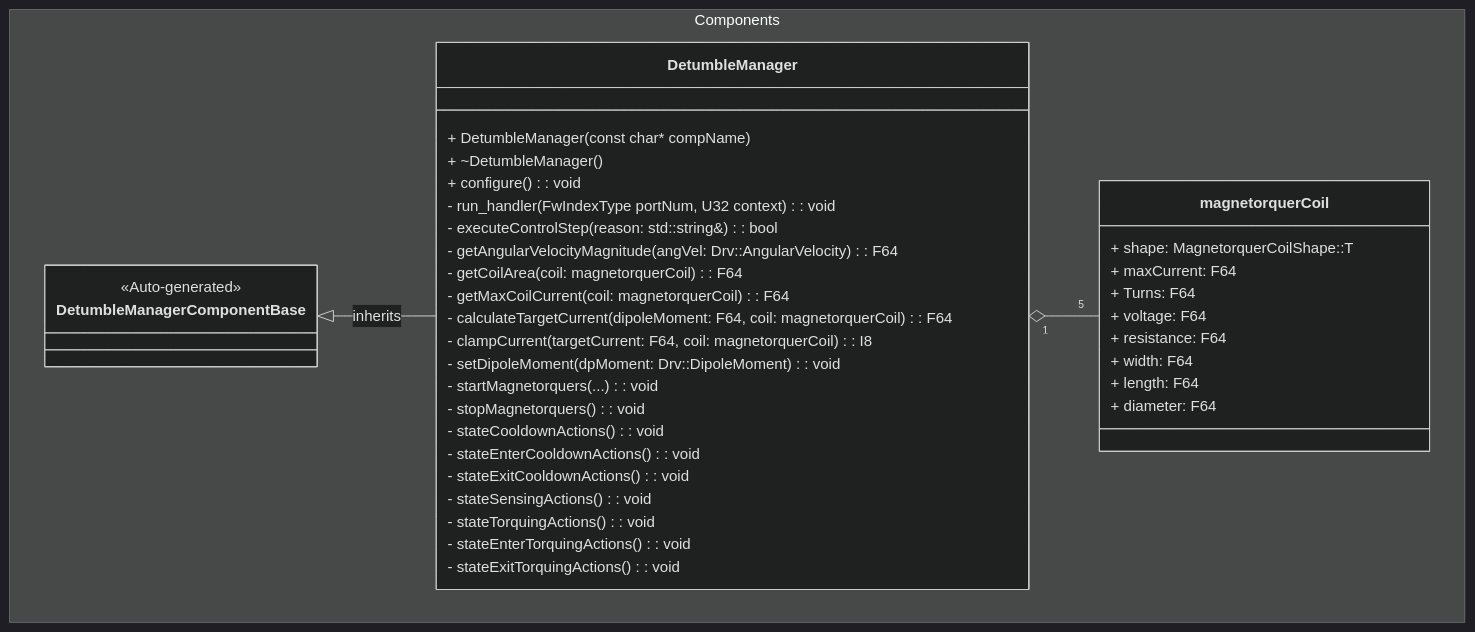
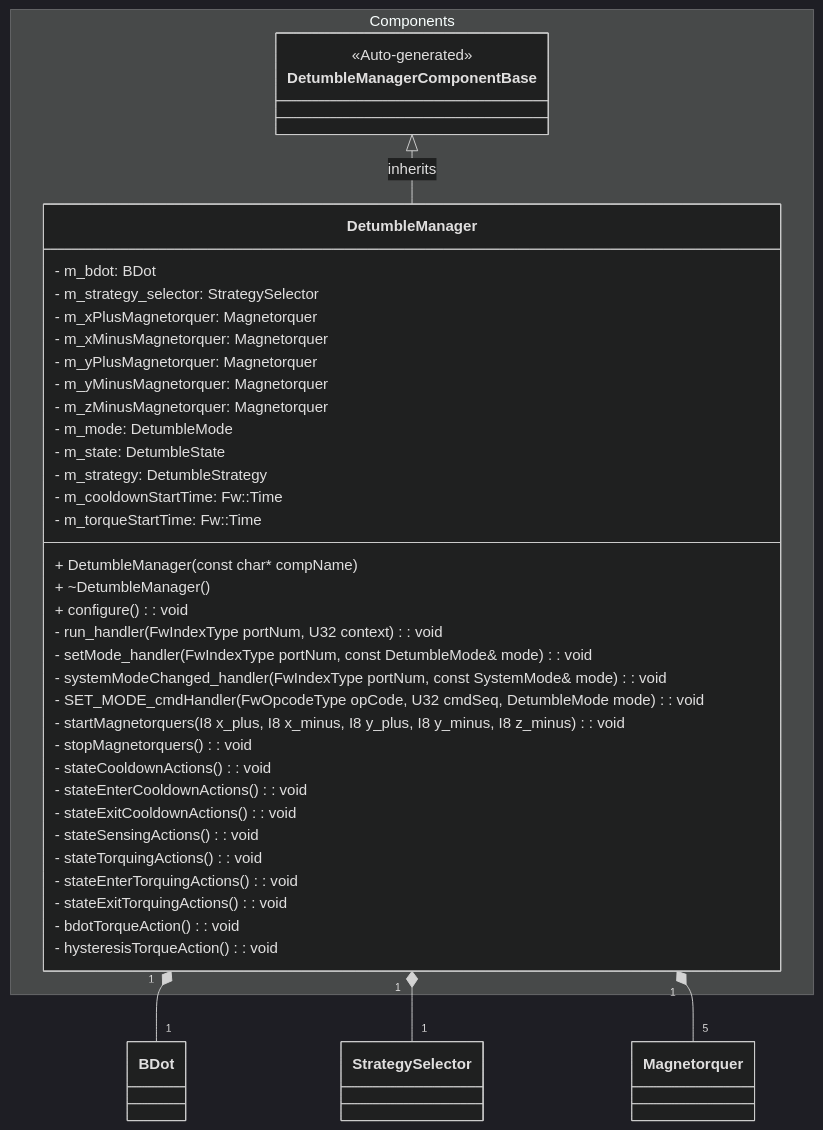
Before and after one commit to Open-Source-Space-Foundation/proves-core-reference: the first of 5 diagrams in FprimeZephyrReference/Components/DetumbleManager/docs/sdd.md, drawn with Mermaid (dark theme). The commit also changed other lines of this file, not shown here.

Commit message:
Update class diagrams in SDD

````diff
--- a/FprimeZephyrReference/Components/DetumbleManager/docs/sdd.md
+++ b/FprimeZephyrReference/Components/DetumbleManager/docs/sdd.md
@@ -29,44 +29,45 @@
 ```mermaid
 classDiagram
     namespace Components {
         class DetumbleManagerComponentBase {
             <<Auto-generated>>
         }
         class DetumbleManager {
             + DetumbleManager(const char* compName)
             + ~DetumbleManager()
             + configure(): void
             - run_handler(FwIndexType portNum, U32 context): void
-            - executeControlStep(reason: std::string&): bool
-            - getAngularVelocityMagnitude(angVel: Drv::AngularVelocity): F64
-            - getCoilArea(coil: magnetorquerCoil): F64
-            - getMaxCoilCurrent(coil: magnetorquerCoil): F64
-            - calculateTargetCurrent(dipoleMoment: F64, coil: magnetorquerCoil): F64
-            - clampCurrent(targetCurrent: F64, coil: magnetorquerCoil): I8
-            - setDipoleMoment(dpMoment: Drv::DipoleMoment): void
-            - startMagnetorquers(...): void
+            - setMode_handler(FwIndexType portNum, const DetumbleMode& mode): void
+            - systemModeChanged_handler(FwIndexType portNum, const SystemMode& mode): void
+            - SET_MODE_cmdHandler(FwOpcodeType opCode, U32 cmdSeq, DetumbleMode mode): void
+            - startMagnetorquers(I8 x_plus, I8 x_minus, I8 y_plus, I8 y_minus, I8 z_minus): void
             - stopMagnetorquers(): void
             - stateCooldownActions(): void
             - stateEnterCooldownActions(): void
             - stateExitCooldownActions(): void
             - stateSensingActions(): void
             - stateTorquingActions(): void
             - stateEnterTorquingActions(): void
             - stateExitTorquingActions(): void
-        }
-
-        class magnetorquerCoil {
-            + shape: MagnetorquerCoilShape::T
-            + maxCurrent: F64
-            + Turns: F64
-            + voltage: F64
-            + resistance: F64
-            + width: F64
-            + length: F64
-            + diameter: F64
+            - bdotTorqueAction(): void
+            - hysteresisTorqueAction(): void
+            - m_bdot: BDot
+            - m_strategy_selector: StrategySelector
+            - m_xPlusMagnetorquer: Magnetorquer
+            - m_xMinusMagnetorquer: Magnetorquer
+            - m_yPlusMagnetorquer: Magnetorquer
+            - m_yMinusMagnetorquer: Magnetorquer
+            - m_zMinusMagnetorquer: Magnetorquer
+            - m_mode: DetumbleMode
+            - m_state: DetumbleState
+            - m_strategy: DetumbleStrategy
+            - m_cooldownStartTime: Fw::Time
+            - m_torqueStartTime: Fw::Time
         }
     }
 
     DetumbleManagerComponentBase <|-- DetumbleManager : inherits
-    DetumbleManager "1" o-- "5" magnetorquerCoil
+    DetumbleManager "1" *-- "1" BDot
+    DetumbleManager "1" *-- "1" StrategySelector
+    DetumbleManager "1" *-- "5" Magnetorquer
 ```
````
